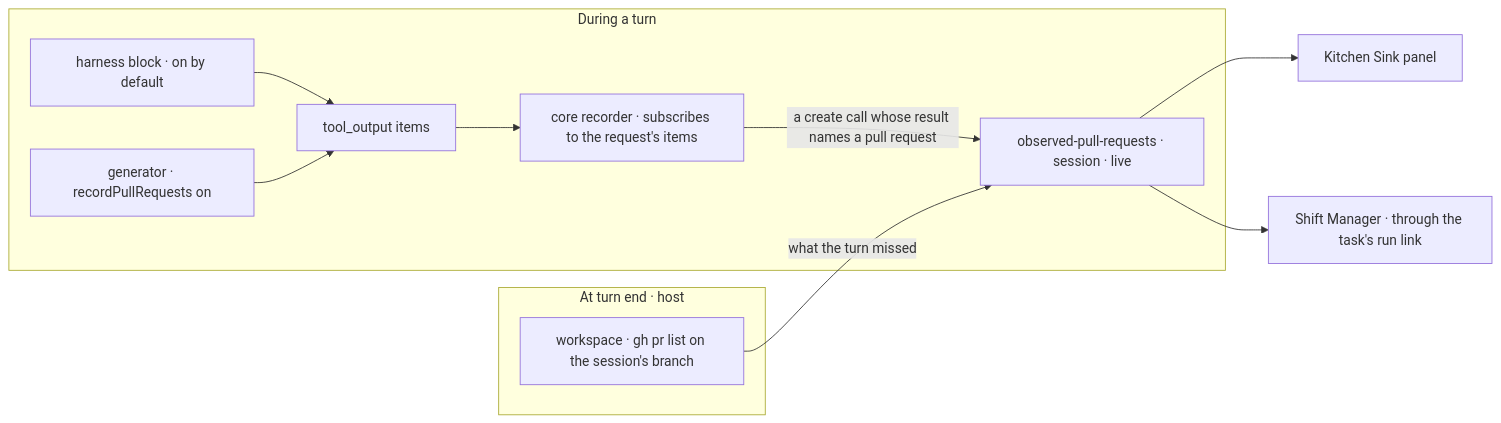
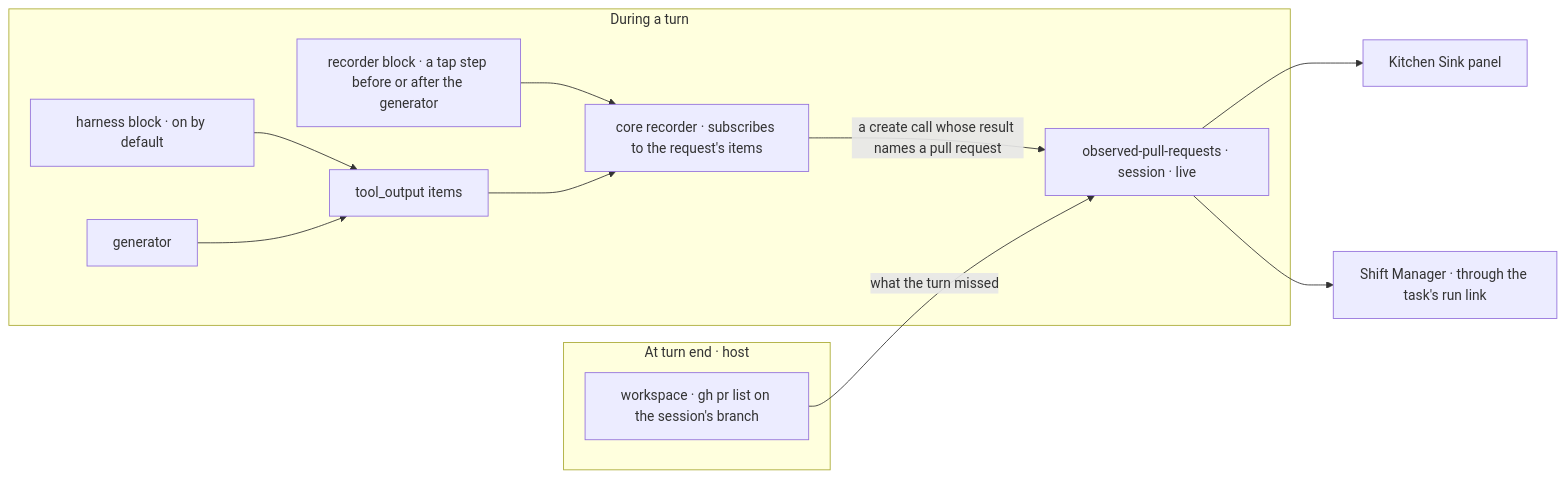
One commit to fixpoint-labs/flow-state-dev changed the second of 2 diagrams in specs/issues/FIX-2268/SPEC.md. Above: the diagram before and after it, drawn with Mermaid. The commit also changed other lines of this file and 2 other files, not shown here.

First line of the commit message:
spec(FIX-2268): D3 — a recorder block a flow adds as a step, not a generator option

````diff
--- a/specs/issues/FIX-2268/SPEC.md
+++ b/specs/issues/FIX-2268/SPEC.md
@@ -56,14 +56,15 @@
 ```mermaid
 flowchart LR
   subgraph run ["During a turn"]
     H["harness block · on by default"] --> I["tool_output items"]
-    G["generator · recordPullRequests on"] --> I
+    G["generator"] --> I
+    S["recorder block · a tap step before or after the generator"] --> R
     I --> R["core recorder · subscribes to the request's items"]
     R -->|"a create call whose result names a pull request"| C["observed-pull-requests · session · live"]
   end
   subgraph end_ ["At turn end · host"]
     B["workspace · gh pr list on the session's branch"] -->|"what the turn missed"| C
   end
   C --> KS["Kitchen Sink panel"]
   C --> SM["Shift Manager · through the task's run link"]
 ```
````
